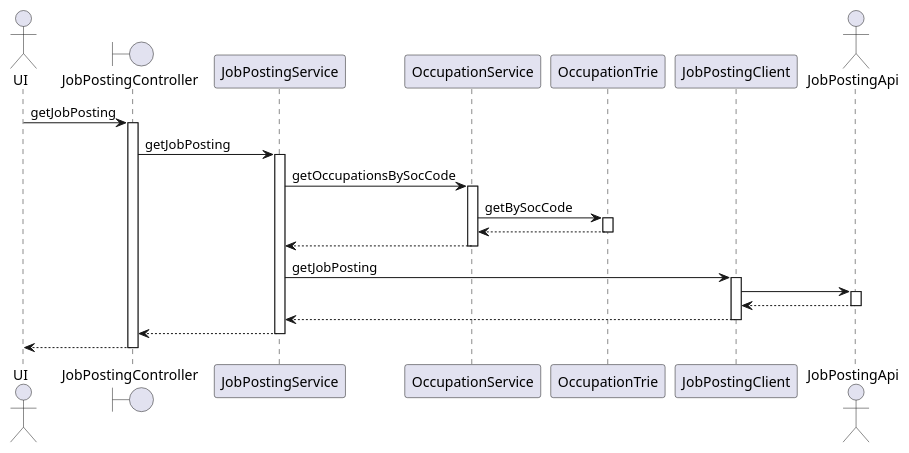
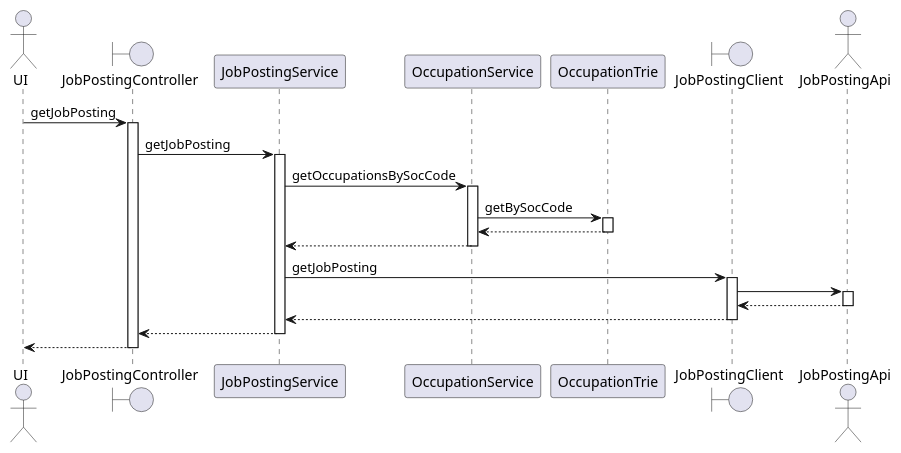
One commit to stavik31/Citizen-Centric-Human-Resource-Mangement-System changed the diagram in diagrams/JobPostingController-getJobPosting-sequence.puml. Above: the diagram before and after it, drawn with PlantUML. The commit also changed 2 other files, not shown here.

```diff
--- a/diagrams/JobPostingController-getJobPosting-sequence.puml
+++ b/diagrams/JobPostingController-getJobPosting-sequence.puml
@@ -1,26 +1,26 @@
 @startuml
 
 autoactivate on
 
 actor UI
 boundary JobPostingController
 participant JobPostingService
 participant OccupationService
 participant OccupationTrie
-participant JobPostingClient
+boundary JobPostingClient
 actor JobPostingApi
 
 UI -> JobPostingController : getJobPosting
 JobPostingController -> JobPostingService : getJobPosting
 JobPostingService -> OccupationService : getOccupationsBySocCode
 OccupationService -> OccupationTrie : getBySocCode
 return
 return
 JobPostingService -> JobPostingClient : getJobPosting
 JobPostingClient -> JobPostingApi
 return
 return
 return
 return
 
 @enduml
```
